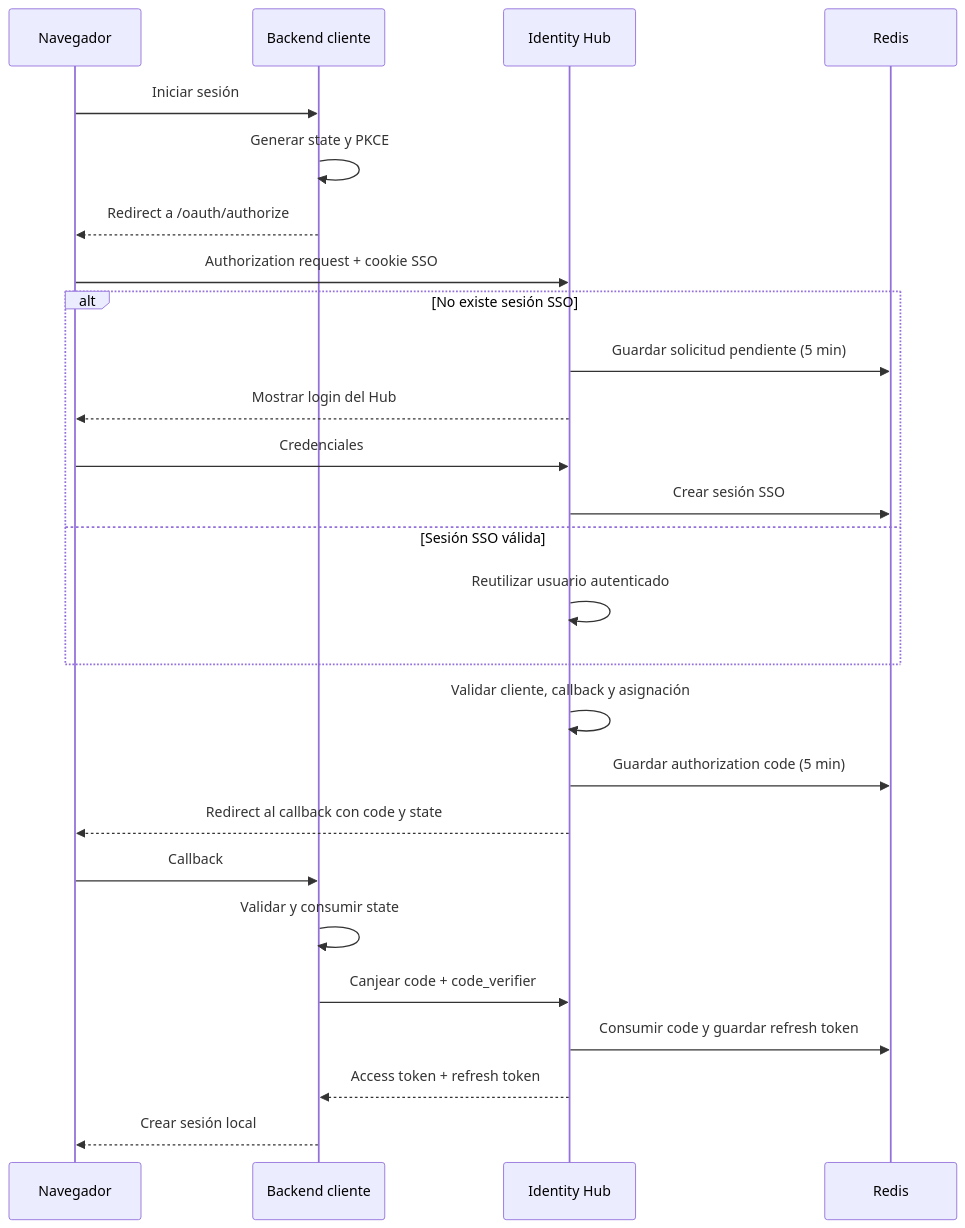
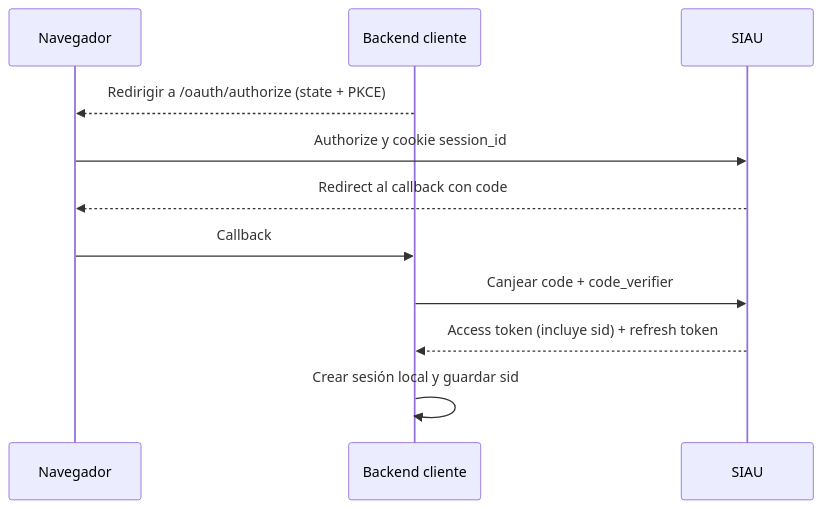
One commit to joselimbertflores/identity-hub-back changed the diagram in docs/architecture/sso-flow.md. Above: the diagram before and after it, drawn with Mermaid. The commit also changed other lines of this file and 12 other files, not shown here.

````diff
--- a/docs/architecture/sso-flow.md
+++ b/docs/architecture/sso-flow.md
@@ -23,29 +12,14 @@
 ```mermaid
 sequenceDiagram
-    participant B as Navegador
+    participant U as Navegador
     participant C as Backend cliente
-    participant H as Identity Hub
-    participant R as Redis
+    participant S as SIAU
 
-    B->>C: Iniciar sesión
-    C->>C: Generar state y PKCE
-    C-->>B: Redirect a /oauth/authorize
-    B->>H: Authorization request + cookie SSO
-    alt No existe sesión SSO
-        H->>R: Guardar solicitud pendiente (5 min)
-        H-->>B: Mostrar login del Hub
-        B->>H: Credenciales
-        H->>R: Crear sesión SSO
-    else Sesión SSO válida
-        H->>H: Reutilizar usuario autenticado
-    end
-    H->>H: Validar cliente, callback y asignación
-    H->>R: Guardar authorization code (5 min)
-    H-->>B: Redirect al callback con code y state
-    B->>C: Callback
-    C->>C: Validar y consumir state
-    C->>H: Canjear code + code_verifier
-    H->>R: Consumir code y guardar refresh token
-    H-->>C: Access token + refresh token
-    C-->>B: Crear sesión local
+    C-->>U: Redirigir a /oauth/authorize (state + PKCE)
+    U->>S: Authorize y cookie session_id
+    S-->>U: Redirect al callback con code
+    U->>C: Callback
+    C->>S: Canjear code + code_verifier
+    S-->>C: Access token (incluye sid) + refresh token
+    C->>C: Crear sesión local y guardar sid
 ```
````
